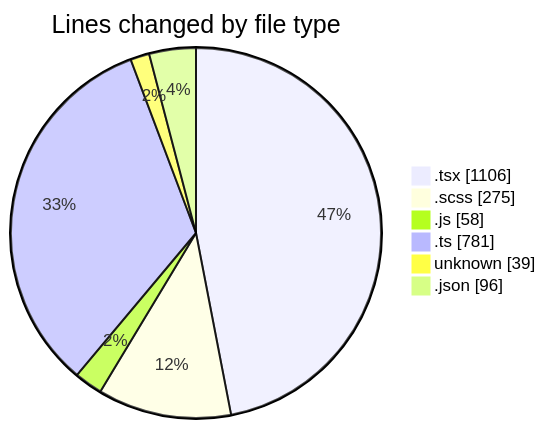
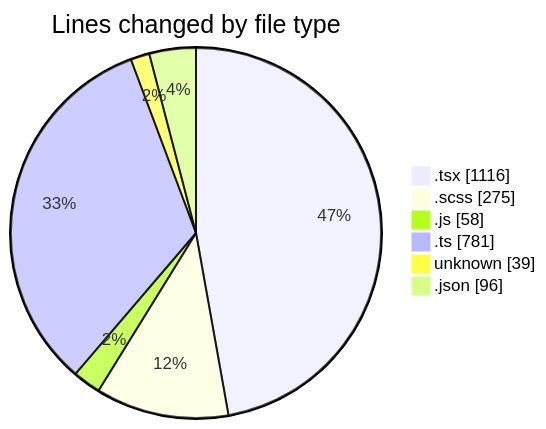
One commit to momahboobian/code-tracking changed the first of 2 diagrams in 2025-05-02/cda/README.md. Above: the diagram before and after it, drawn with Mermaid. The commit also changed other lines of this file and 1 other file, not shown here.

````diff
--- a/2025-05-02/cda/README.md
+++ b/2025-05-02/cda/README.md
@@ -33,10 +33,10 @@
 ```mermaid
 pie showData
 title Lines changed by file type
-".tsx" : 1106
+".tsx" : 1116
 ".scss" : 275
 ".js" : 58
 ".ts" : 781
 "unknown" : 39
 ".json" : 96
 ```
````
